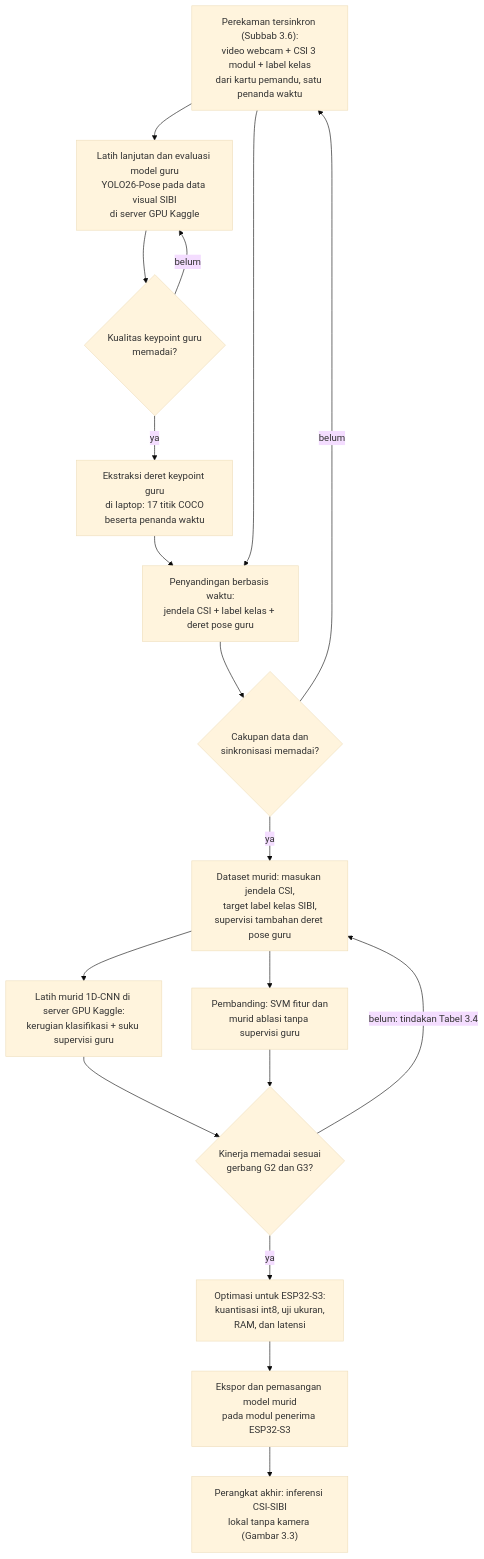
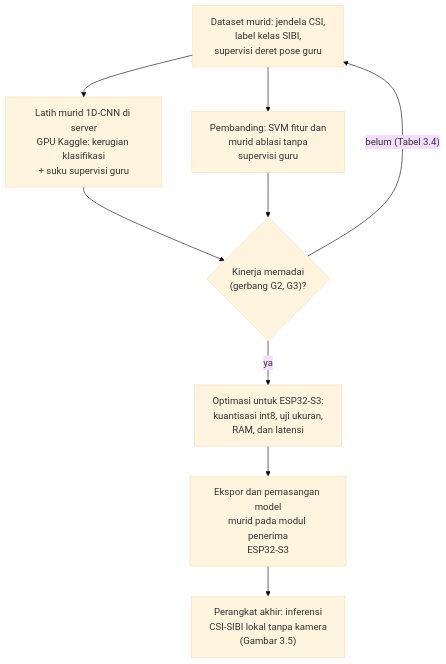
The fourth of 8 diagrams in download/translator-sibi-draft/bab3-metodologi.md (ILoveTahuTek/skripsi), drawn with Mermaid (base theme) before and after one commit. The commit also changed other lines of this file and 50 other files, not shown here.

Commit message:
Redesain seluruh diagram BAB III (Task 24): 6 -> 8 figur, huruf cetak 3,2-6,4pt -> 9,2-11,8pt, integritas sumber terverifikasi; DOCX 68 hlm + laporan audit

````diff
--- a/download/translator-sibi-draft/bab3-metodologi.md
+++ b/download/translator-sibi-draft/bab3-metodologi.md
@@ -77,30 +143,18 @@
 ```mermaid
 flowchart TD
-    REC["Perekaman tersinkron (Subbab 3.6):<br/>video webcam + CSI 3 modul + label kelas<br/>dari kartu pemandu, satu penanda waktu"]
-    TT["Latih lanjutan dan evaluasi model guru<br/>YOLO26-Pose pada data visual SIBI<br/>di server GPU Kaggle"]
-    TQ{"Kualitas keypoint guru<br/>memadai?"}
-    Y26["Ekstraksi deret keypoint guru<br/>di laptop: 17 titik COCO<br/>beserta penanda waktu"]
-    PAIR["Penyandingan berbasis waktu:<br/>jendela CSI + label kelas + deret pose guru"]
-    DQ{"Cakupan data dan<br/>sinkronisasi memadai?"}
-    SD["Dataset murid: masukan jendela CSI,<br/>target label kelas SIBI,<br/>supervisi tambahan deret pose guru"]
-    STU["Latih murid 1D-CNN di server GPU Kaggle:<br/>kerugian klasifikasi + suku supervisi guru"]
-    BASE["Pembanding: SVM fitur dan<br/>murid ablasi tanpa supervisi guru"]
-    EQ{"Kinerja memadai sesuai<br/>gerbang G2 dan G3?"}
+    SD["Dataset murid: jendela CSI,<br/>label kelas SIBI,<br/>supervisi deret pose guru"]
+    STU["Latih murid 1D-CNN di server<br/>GPU Kaggle: kerugian klasifikasi<br/>+ suku supervisi guru"]
+    BASE["Pembanding: SVM fitur dan<br/>murid ablasi tanpa<br/>supervisi guru"]
+    EQ{"Kinerja memadai<br/>(gerbang G2, G3)?"}
     OPT["Optimasi untuk ESP32-S3:<br/>kuantisasi int8, uji ukuran,<br/>RAM, dan latensi"]
-    DEP["Ekspor dan pemasangan model murid<br/>pada modul penerima ESP32-S3"]
-    DEV["Perangkat akhir: inferensi CSI-SIBI<br/>lokal tanpa kamera (Gambar 3.3)"]
-
-    REC --> TT --> TQ
-    TQ -- "belum" --> TT
-    TQ -- "ya" --> Y26 --> PAIR
-    REC --> PAIR
-    PAIR --> DQ
-    DQ -- "belum" --> REC
-    DQ -- "ya" --> SD
+    DEP["Ekspor dan pemasangan model<br/>murid pada modul penerima<br/>ESP32-S3"]
+    DEV["Perangkat akhir: inferensi<br/>CSI-SIBI lokal tanpa kamera<br/>(Gambar 3.5)"]
     SD --> STU
     SD --> BASE
     STU --> EQ
     BASE --> EQ
-    EQ -- "belum: tindakan Tabel 3.4" --> SD
-    EQ -- "ya" --> OPT --> DEP --> DEV
+    EQ -- "belum (Tabel 3.4)" --> SD
+    EQ -- "ya" --> OPT
+    OPT --> DEP
+    DEP --> DEV
 ```
````
